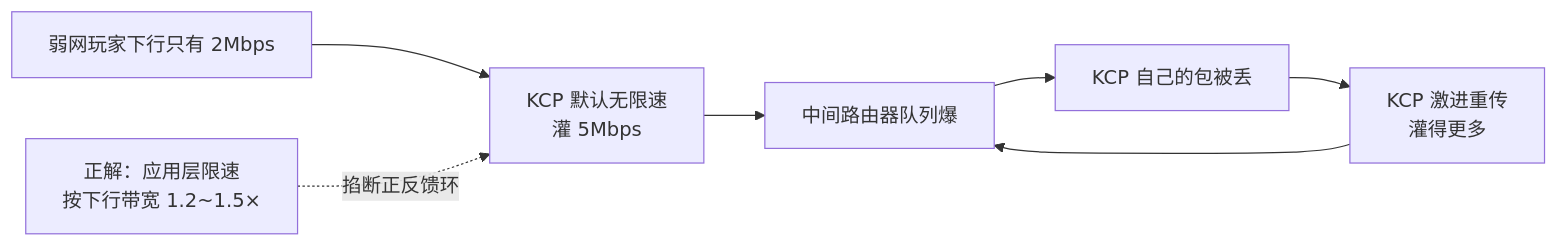
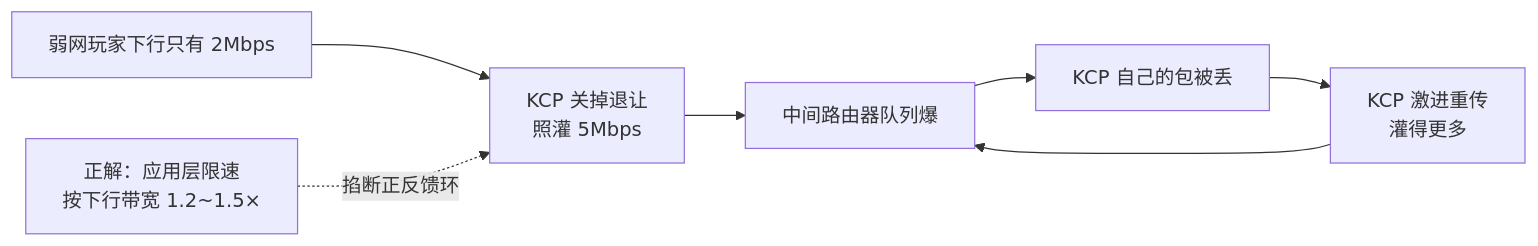
One commit to ml-cuizijun/LearnToLilith changed the eighth of 9 diagrams in 01-基础底座/13-TCP与UDP/知识点.md. Above: the diagram before and after it, drawn with Mermaid. The commit also changed other lines of this file, not shown here.

````diff
--- a/01-基础底座/13-TCP与UDP/知识点.md
+++ b/01-基础底座/13-TCP与UDP/知识点.md
@@ -759,9 +493,9 @@
 ```mermaid
 flowchart LR
-    A["弱网玩家下行只有 2Mbps"] --> B["KCP 默认无限速<br/>灌 5Mbps"]
+    A["弱网玩家下行只有 2Mbps"] --> B["KCP 关掉退让<br/>照灌 5Mbps"]
     B --> C["中间路由器队列爆"]
     C --> D["KCP 自己的包被丢"]
     D --> E["KCP 激进重传<br/>灌得更多"]
     E --> C
     F["正解：应用层限速<br/>按下行带宽 1.2~1.5×"] -.->|掐断正反馈环| B
 ```
````
